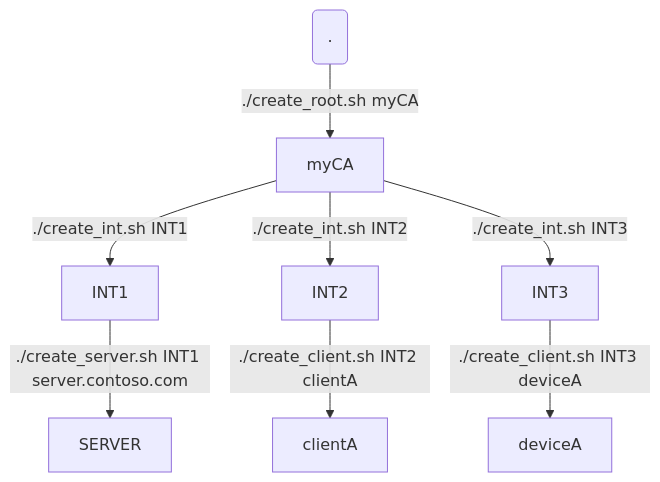
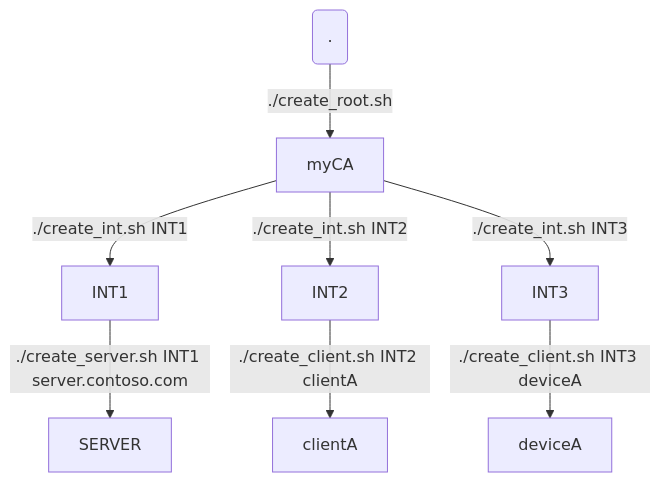
The diagram in images/diagram.mmd (arlotito/my-simple-bash-ca), drawn with Mermaid before and after one commit. The commit also changed 1 other file, not shown here.

```diff
--- a/images/diagram.mmd
+++ b/images/diagram.mmd
@@ -1,10 +1,10 @@
 graph TD
-    START(.) --> | ./create_root.sh myCA | myCA
+    START(.) --> | ./create_root.sh | myCA
 
     myCA --> | ./create_int.sh INT1 | INT1
     myCA --> | ./create_int.sh INT2 | INT2
     myCA --> | ./create_int.sh INT3 | INT3
 
     INT1 --> | ./create_server.sh INT1 server.contoso.com  | SERVER
     INT2 --> | ./create_client.sh INT2 clientA  | clientA
     INT3 --> | ./create_client.sh INT3 deviceA  | deviceA
```
